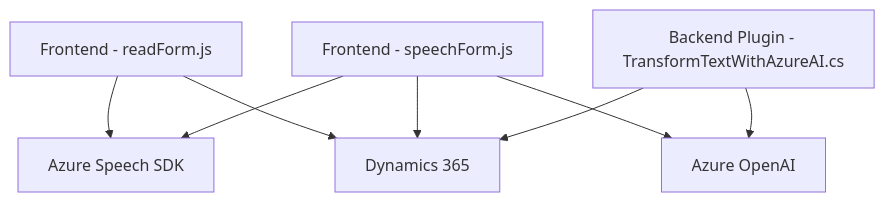
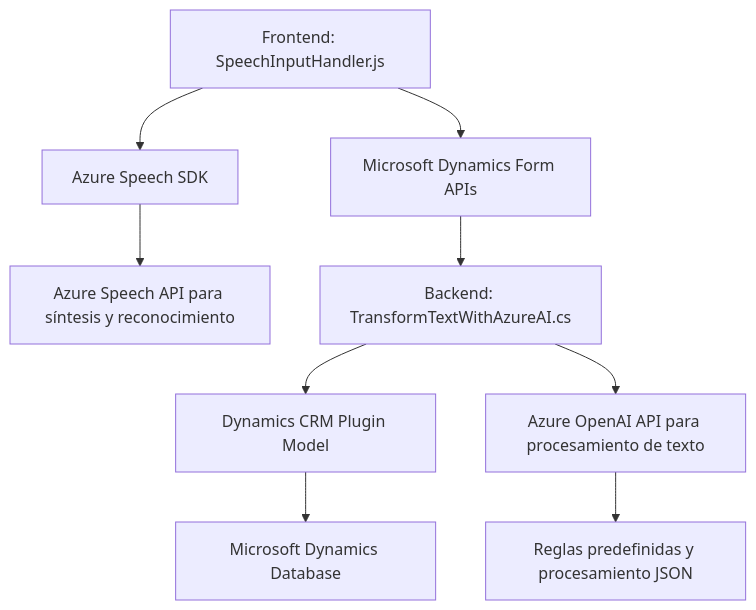
One commit to blopezdm/NETCORE_BILBAO2025 changed the diagram in README.md. Above: the diagram before and after it, drawn with Mermaid. The commit also changed other lines of this file, not shown here.

````diff
--- a/README.md
+++ b/README.md
@@ -41,17 +31,11 @@
 ```mermaid
 graph TD
-    A["Frontend - readForm.js"]
-    B["Frontend - speechForm.js"]
-    C["Backend Plugin - TransformTextWithAzureAI.cs"]
-    D["Azure Speech SDK"]
-    E["Azure OpenAI"]
-    F["Dynamics 365"]
-
-    A --> D
-    A --> F
-    B --> D
-    B --> F
-    B --> E
-    C --> E
-    C --> F
+    A["Frontend: SpeechInputHandler.js"] --> B["Azure Speech SDK"]
+    A --> C["Microsoft Dynamics Form APIs"]
+    B --> D["Azure Speech API para síntesis y reconocimiento"]
+    C --> E["Backend: TransformTextWithAzureAI.cs"]
+    E --> F["Dynamics CRM Plugin Model"]
+    E --> G["Azure OpenAI API para procesamiento de texto"]
+    F --> H["Microsoft Dynamics Database"]
+    G --> I["Reglas predefinidas y procesamiento JSON"]
 ```
````
